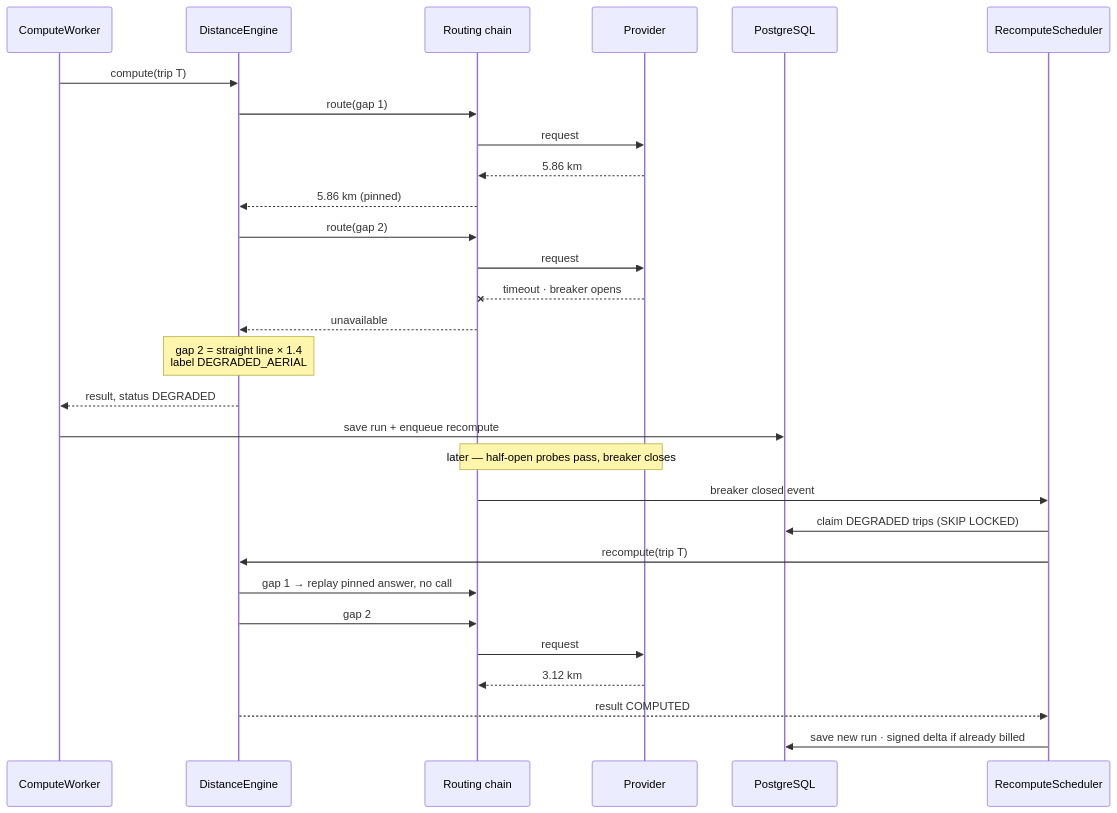
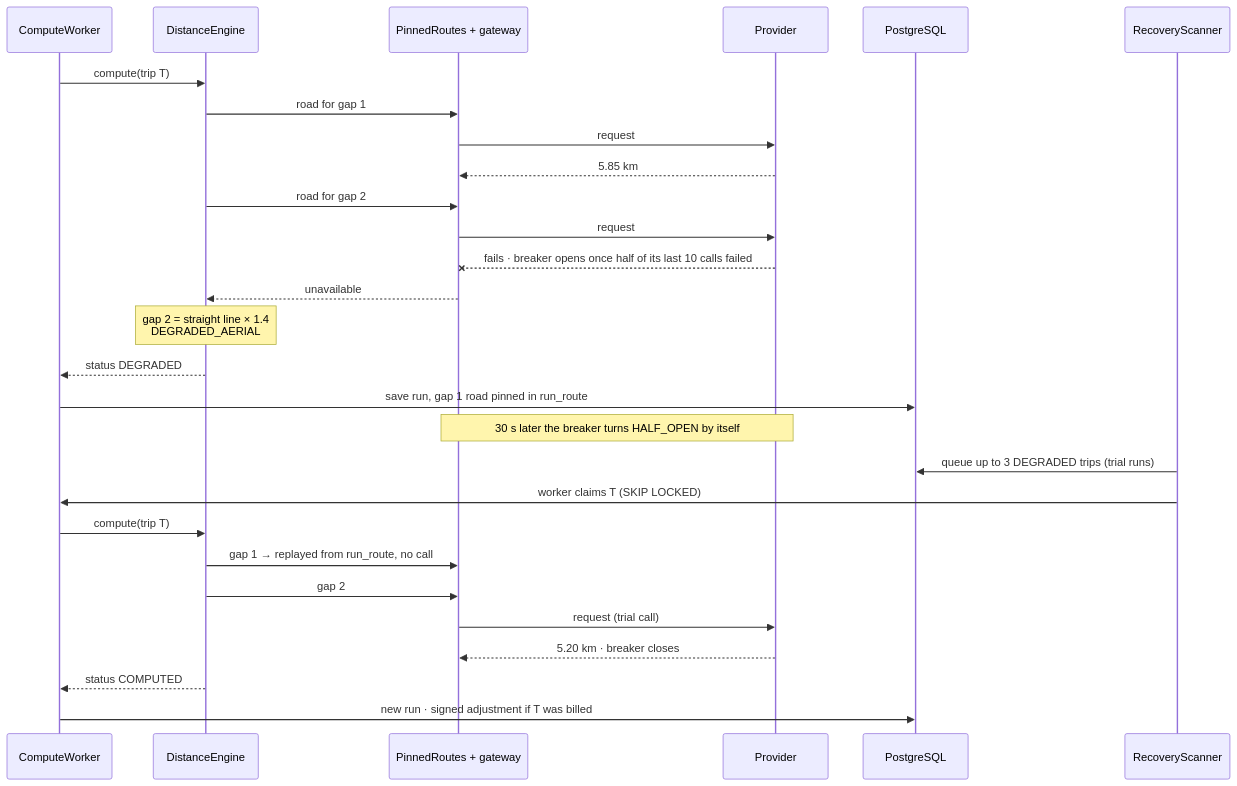
Before and after one commit to akshat-nawaria/trip-ledger: the fourth of 4 diagrams in docs/DESIGN.md, drawn with Mermaid. The commit also changed other lines of this file and 4 other files, not shown here.

````diff
--- a/docs/DESIGN.md
+++ b/docs/DESIGN.md
@@ -399,32 +252,31 @@
 ```mermaid
 sequenceDiagram
     participant W as ComputeWorker
     participant E as DistanceEngine
-    participant R as Routing chain
+    participant R as PinnedRoutes + gateway
     participant P as Provider
     participant D as PostgreSQL
-    participant S as RecomputeScheduler
+    participant S as RecoveryScanner
 
     W->>E: compute(trip T)
-    E->>R: route(gap 1)
+    E->>R: road for gap 1
     R->>P: request
-    P-->>R: 5.86 km
-    R-->>E: 5.86 km (pinned)
-    E->>R: route(gap 2)
+    P-->>R: 5.85 km
+    E->>R: road for gap 2
     R->>P: request
-    P--xR: timeout · breaker opens
+    P--xR: fails · breaker opens once half of its last 10 calls failed
     R-->>E: unavailable
-    Note over E: gap 2 = straight line × 1.4<br/>label DEGRADED_AERIAL
-    E-->>W: result, status DEGRADED
-    W->>D: save run + enqueue recompute
-    Note over R,P: later — half-open probes pass, breaker closes
-    R->>S: breaker closed event
-    S->>D: claim DEGRADED trips (SKIP LOCKED)
-    S->>E: recompute(trip T)
-    E->>R: gap 1 → replay pinned answer, no call
+    Note over E: gap 2 = straight line × 1.4<br/>DEGRADED_AERIAL
+    E-->>W: status DEGRADED
+    W->>D: save run, gap 1 road pinned in run_route
+    Note over R,P: 30 s later the breaker turns HALF_OPEN by itself
+    S->>D: queue up to 3 DEGRADED trips (trial runs)
+    S->>W: worker claims T (SKIP LOCKED)
+    W->>E: compute(trip T)
+    E->>R: gap 1 → replayed from run_route, no call
     E->>R: gap 2
-    R->>P: request
-    P-->>R: 3.12 km
-    E-->>S: result COMPUTED
-    S->>D: save new run · signed delta if already billed
+    R->>P: request (trial call)
+    P-->>R: 5.20 km · breaker closes
+    E-->>W: status COMPUTED
+    W->>D: new run · signed adjustment if T was billed
 ```
````
